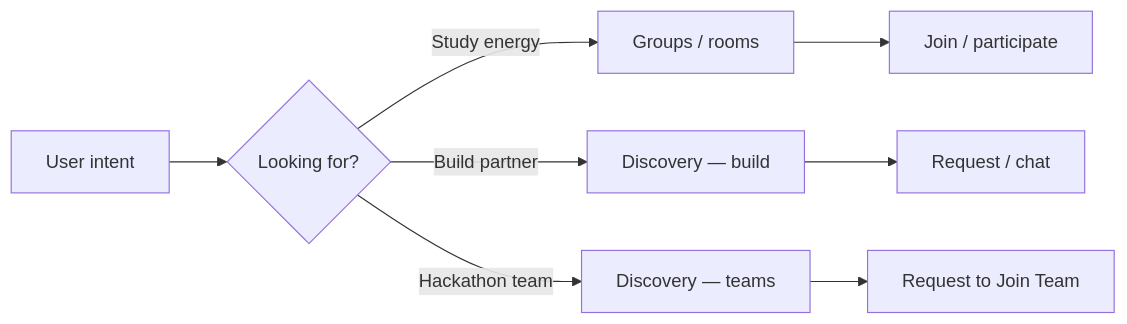
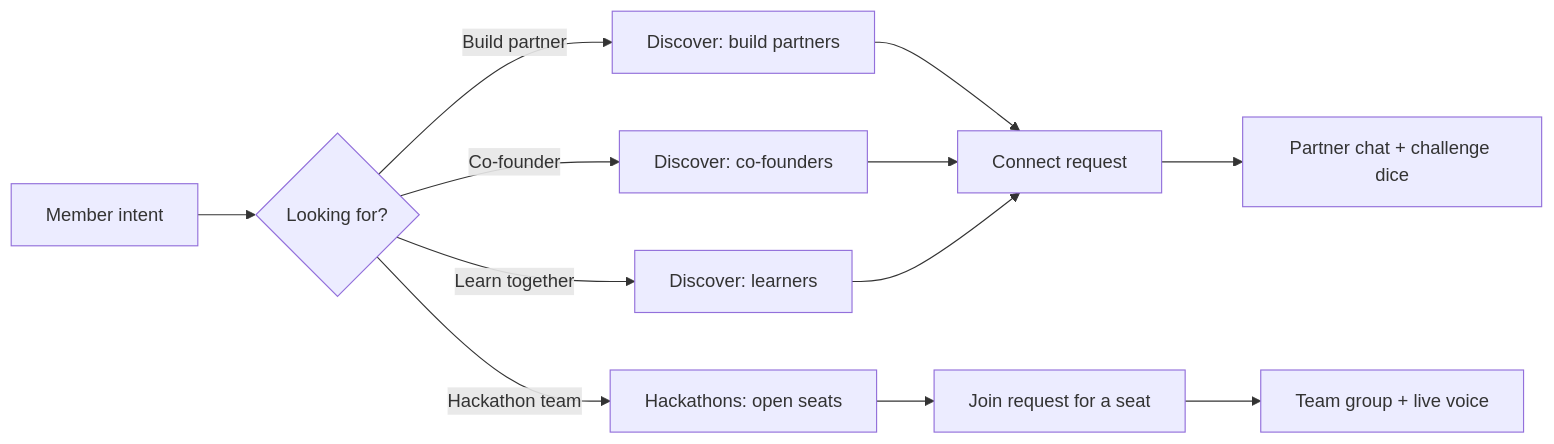
One commit to hudaalzharani-commits/Loop_showcase changed the diagram in architecture/discovery-and-matching.md. Above: the diagram before and after it, drawn with Mermaid. The commit also changed other lines of this file and 8 other files, not shown here.

````diff
--- a/architecture/discovery-and-matching.md
+++ b/architecture/discovery-and-matching.md
@@ -9,10 +9,14 @@
 ```mermaid
 flowchart LR
-    A["User intent"] --> B{"Looking for?"}
-    B -->|Study energy| C["Groups / rooms"]
-    B -->|Build partner| D["Discovery — build"]
-    B -->|Hackathon team| E["Discovery — teams"]
-    C --> F["Join / participate"]
-    D --> G["Request / chat"]
-    E --> H["Request to Join Team"]
+    A["Member intent"] --> B{"Looking for?"}
+    B -->|Build partner| C["Discover: build partners"]
+    B -->|Hackathon team| D["Hackathons: open seats"]
+    B -->|Co-founder| E["Discover: co-founders"]
+    B -->|Learn together| F["Discover: learners"]
+    C --> G["Connect request"]
+    E --> G
+    F --> G
+    D --> H["Join request for a seat"]
+    G --> I["Partner chat + challenge dice"]
+    H --> J["Team group + live voice"]
 ```
````
